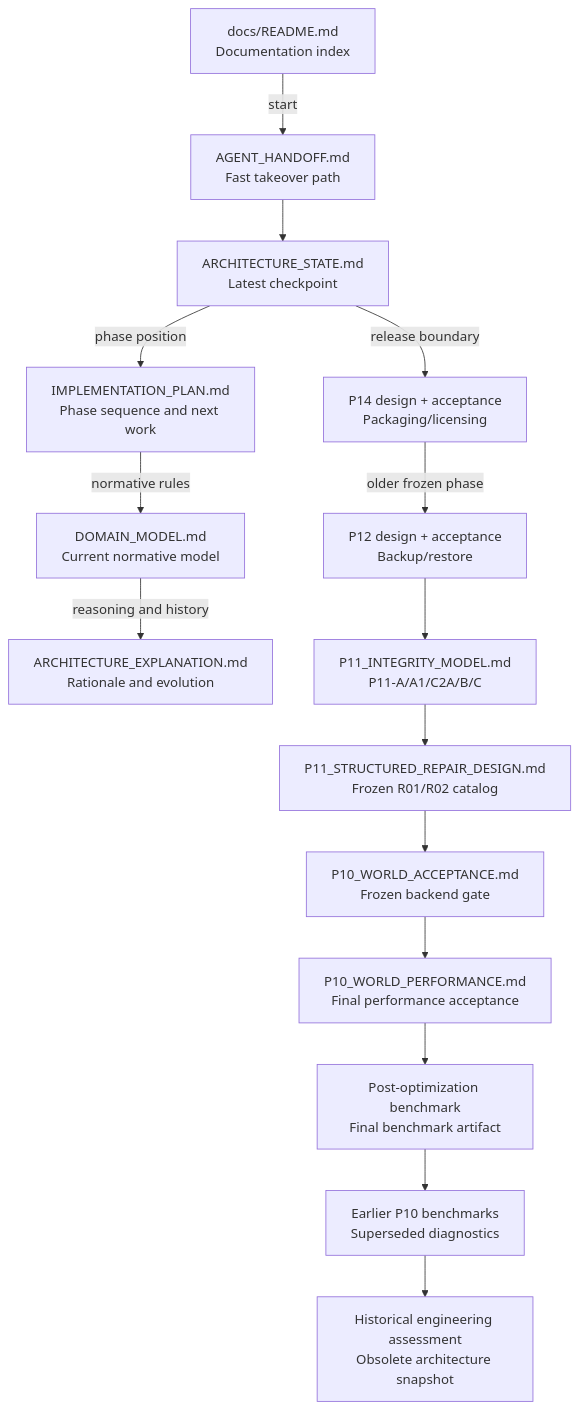
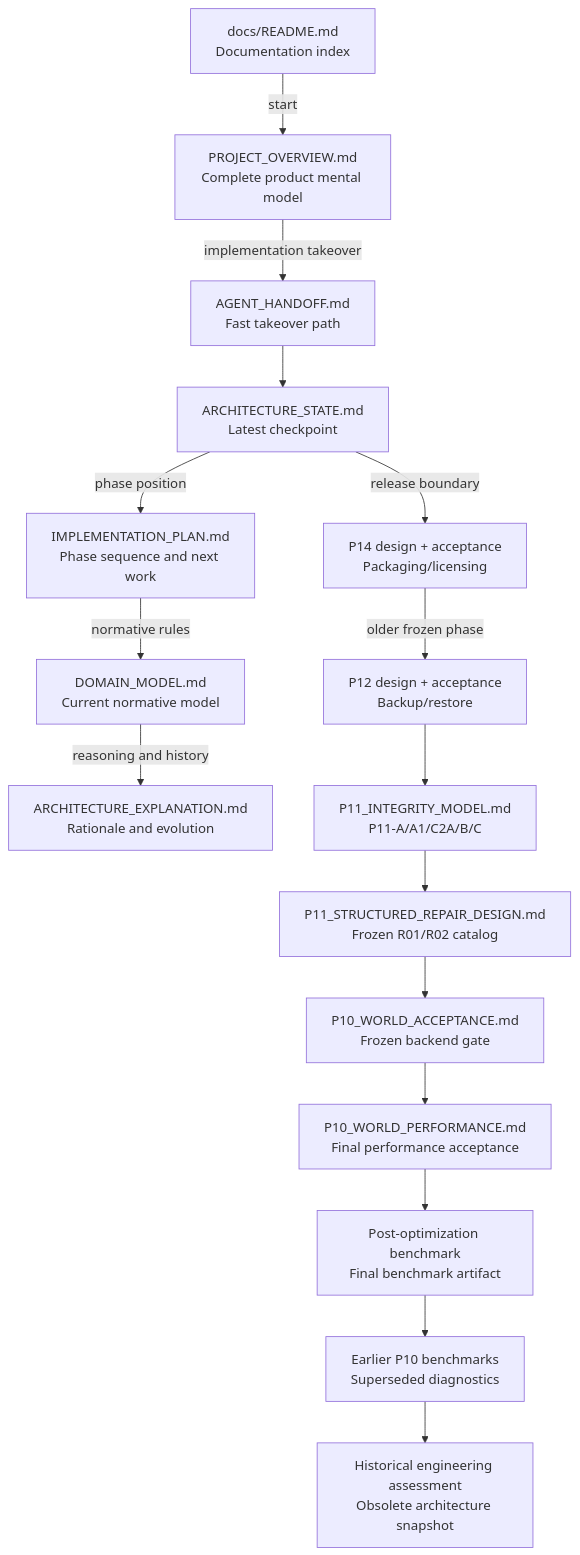
One commit to suraj-singh12/sentri-face-edge changed the diagram in docs/README.md. Above: the diagram before and after it, drawn with Mermaid. The commit also changed other lines of this file and 5 other files, not shown here.

````diff
--- a/docs/README.md
+++ b/docs/README.md
@@ -27,37 +28,39 @@
 ```mermaid
 flowchart TD
     INDEX["docs/README.md<br/>Documentation index"]
+    OVERVIEW["PROJECT_OVERVIEW.md<br/>Complete product mental model"]
     HANDOFF["AGENT_HANDOFF.md<br/>Fast takeover path"]
 
     STATE["ARCHITECTURE_STATE.md<br/>Latest checkpoint"]
     PLAN["IMPLEMENTATION_PLAN.md<br/>Phase sequence and next work"]
     DOMAIN["DOMAIN_MODEL.md<br/>Current normative model"]
     EXPLAIN["ARCHITECTURE_EXPLANATION.md<br/>Rationale and evolution"]
 
     P11I["P11_INTEGRITY_MODEL.md<br/>P11-A/A1/C2A/B/C"]
     P11R["P11_STRUCTURED_REPAIR_DESIGN.md<br/>Frozen R01/R02 catalog"]
     P12["P12 design + acceptance<br/>Backup/restore"]
     P14["P14 design + acceptance<br/>Packaging/licensing"]
 
     P10A["P10_WORLD_ACCEPTANCE.md<br/>Frozen backend gate"]
     P10P["P10_WORLD_PERFORMANCE.md<br/>Final performance acceptance"]
     P10FINAL["Post-optimization benchmark<br/>Final benchmark artifact"]
     P10OLD["Earlier P10 benchmarks<br/>Superseded diagnostics"]
     HIST["Historical engineering assessment<br/>Obsolete architecture snapshot"]
 
-    INDEX -->|"start"| HANDOFF
+    INDEX -->|"start"| OVERVIEW
+    OVERVIEW -->|"implementation takeover"| HANDOFF
     HANDOFF --> STATE
     STATE -->|"phase position"| PLAN
     PLAN -->|"normative rules"| DOMAIN
     DOMAIN -->|"reasoning and history"| EXPLAIN
 
     STATE -->|"release boundary"| P14
     P14 -->|"older frozen phase"| P12
     P12 --> P11I
     P11I --> P11R
     P11R --> P10A
     P10A --> P10P
     P10P --> P10FINAL
     P10FINAL --> P10OLD
     P10OLD --> HIST
 ```
````
